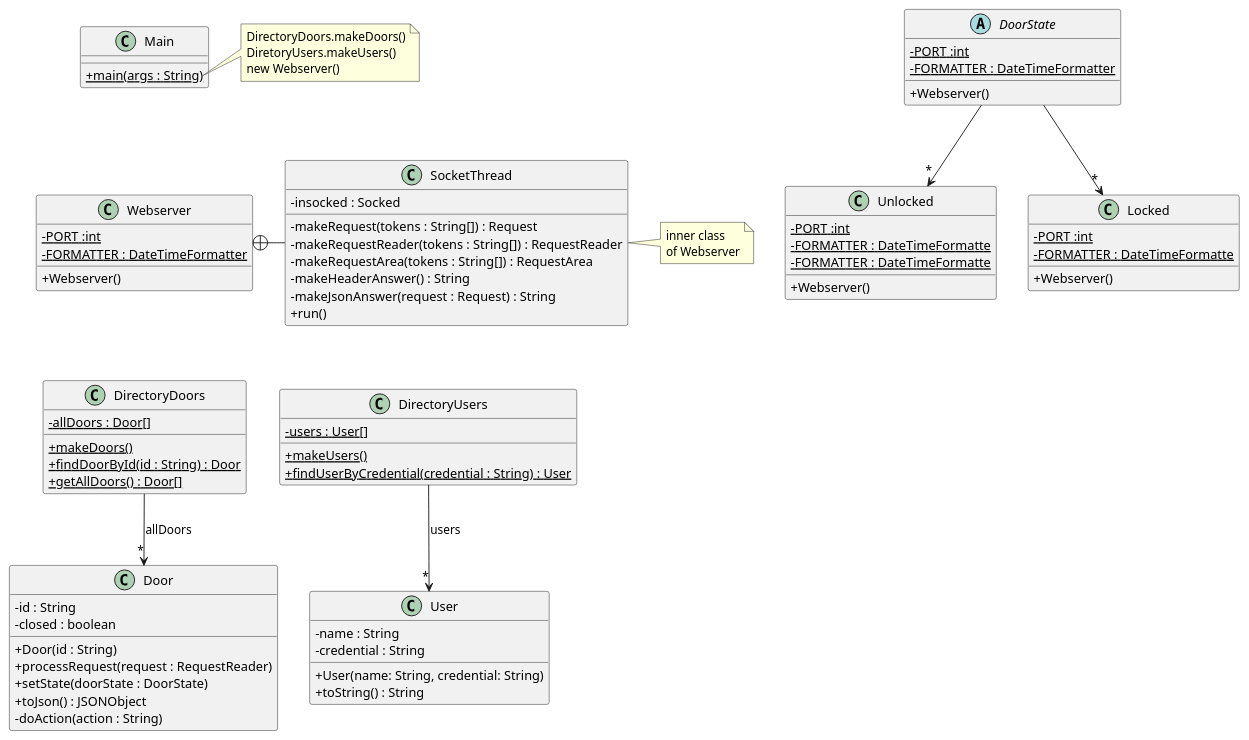
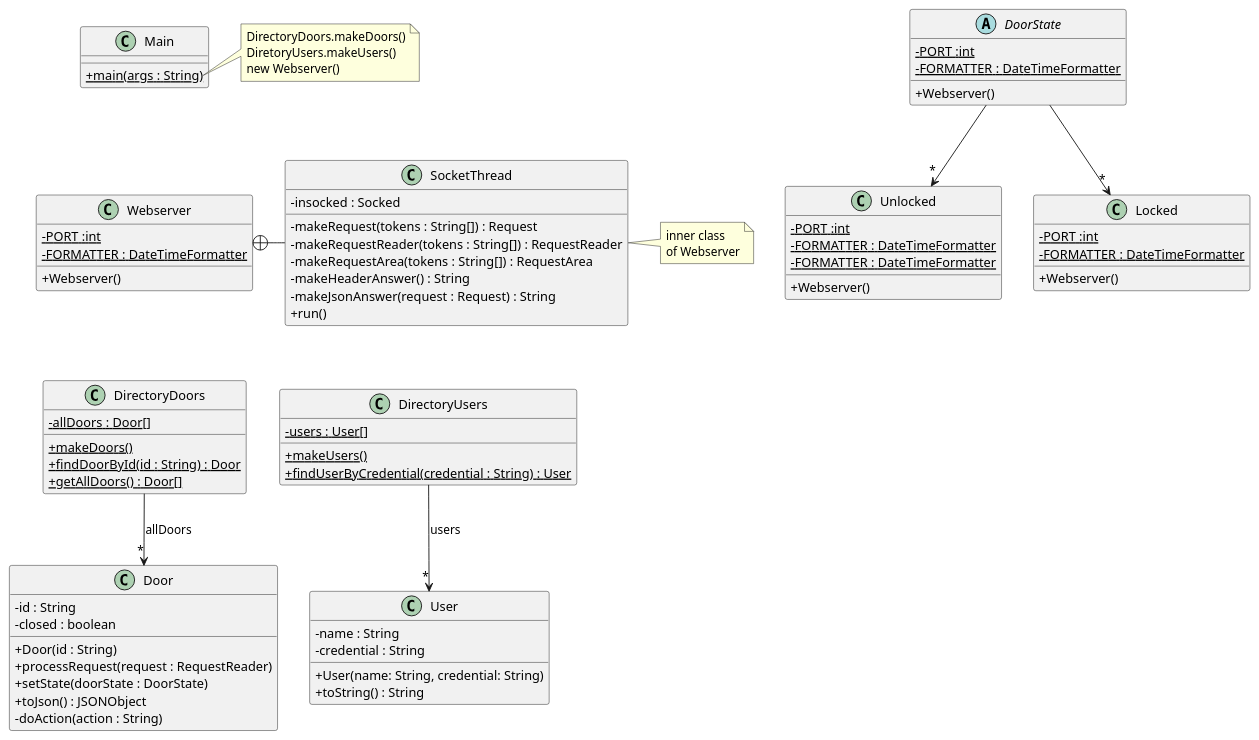
One commit to marcmejias/acs_students424 changed the diagram in src/baseNoStates/uml/base_no_states.puml. Above: the diagram before and after it, drawn with PlantUML.

```diff
--- a/src/baseNoStates/uml/base_no_states.puml
+++ b/src/baseNoStates/uml/base_no_states.puml
@@ -1,102 +1,102 @@
 @startuml
 'https://plantuml.com/class-diagram
 skinparam classAttributeIconSize 0
 
 class Webserver {
 - {static} PORT :int
 - {static} FORMATTER : DateTimeFormatter
 + Webserver()
 }
 
 class SocketThread {
 - insocked : Socked
 - makeRequest(tokens : String[]) : Request
 - makeRequestReader(tokens : String[]) : RequestReader
 - makeRequestArea(tokens : String[]) : RequestArea
 - makeHeaderAnswer() : String
 - makeJsonAnswer(request : Request) : String
 + run()
 }
 
 Webserver +-right- SocketThread
 
 note right of SocketThread
 inner class
 of Webserver
 end note
 
 class DirectoryDoors {
 - {static} allDoors : Door[]
 + {static} makeDoors()
 + {static} findDoorById(id : String) : Door
 + {static} getAllDoors() : Door[]
 }
 
 DirectoryDoors --> "*" Door : "allDoors"
 
 class DirectoryUsers {
 - {static} users : User[]
 + {static} makeUsers()
 + {static} findUserByCredential(credential : String) : User
 }
 
 DirectoryUsers --> "*" User : "users"
 
 class Door {
 - id : String
 - closed : boolean
 + Door(id : String)
 + processRequest(request : RequestReader)
 + setState(doorState : DoorState)
 + toJson() : JSONObject
 '+ toString() : String
 '+ isClosed() :boolean
 '+ setClosed(b : boolean)
 '+ getStateName() : String
 - doAction(action : String)
 }
 
 abstract DoorState  {
 - {static} PORT :int
 - {static} FORMATTER : DateTimeFormatter
 + Webserver()
 }
 
 DoorState --> "*" Unlocked
 DoorState --> "*" Locked
 
 class Unlocked {
 - {static} PORT :int
-- {static} FORMATTER : DateTimeFormatte
-- {static} FORMATTER : DateTimeFormatte
+- {static} FORMATTER : DateTimeFormatter
+- {static} FORMATTER : DateTimeFormatter
 + Webserver()
 }
 
 class Locked {
 - {static} PORT :int
-- {static} FORMATTER : DateTimeFormatte
+- {static} FORMATTER : DateTimeFormatter
 + Webserver()
 }
 
 class User {
 - name : String
 - credential : String
 + User(name: String, credential: String)
 + toString() : String
 }
 
 
 class Main {
 + {static} main(args : String)
 }
 
 note right of Main::main
 DirectoryDoors.makeDoors()
 DiretoryUsers.makeUsers()
 new Webserver()
 end note
 
 Main -[hidden]down- Webserver
 Webserver -[hidden]down- DirectoryDoors
 DirectoryDoors -[hidden]right- DirectoryUsers
 @enduml
```
